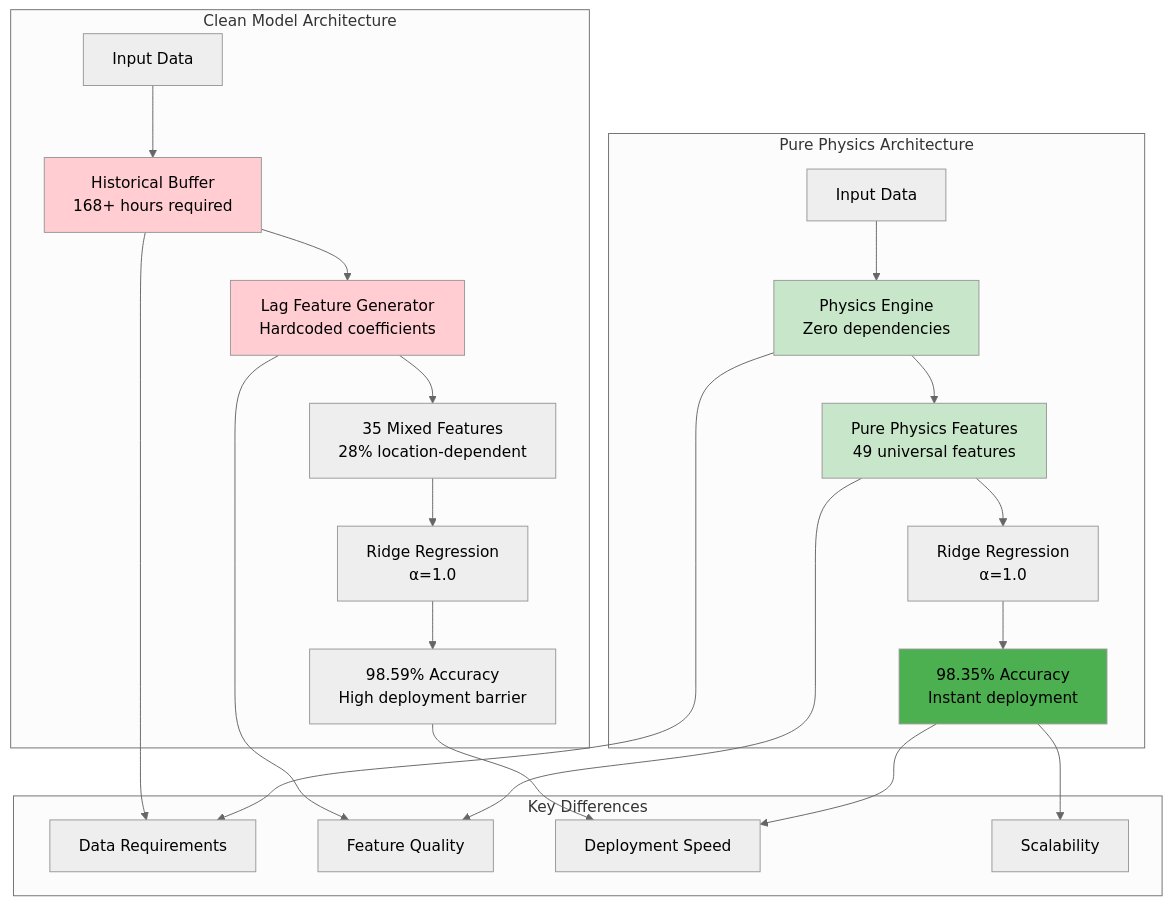
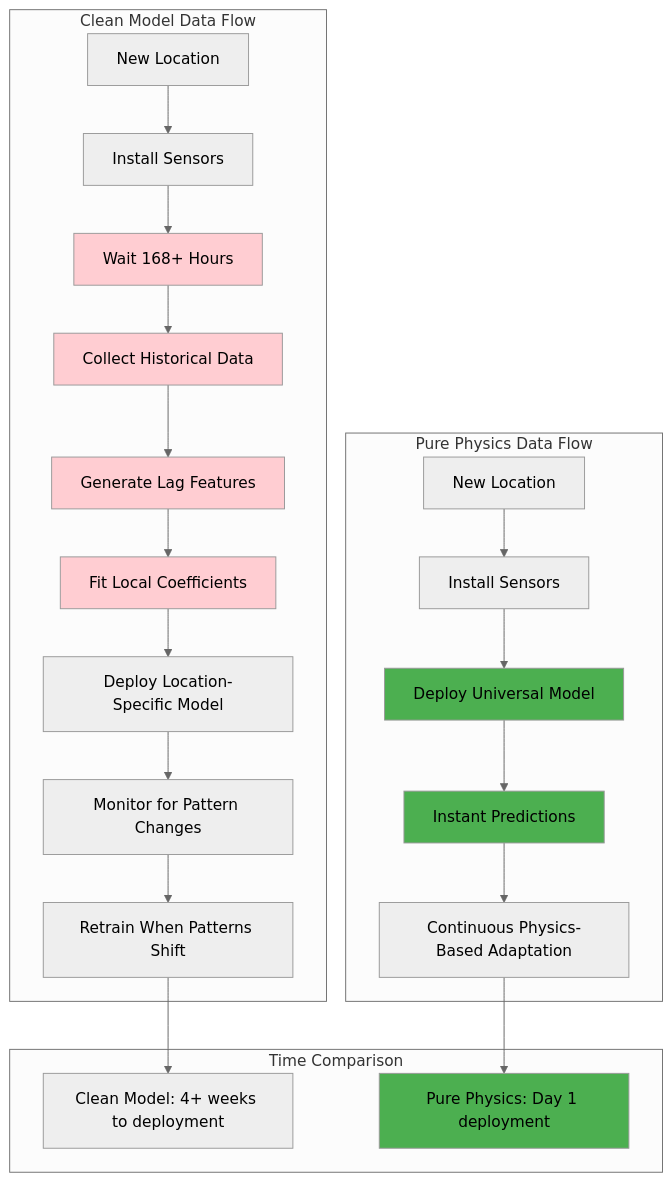
Before and after one commit to GameHelix/centipede: the sixth of 9 diagrams in physics/analyse.md, drawn with Mermaid (neutral theme). The commit also changed other lines of this file, not shown here.

````diff
--- a/physics/analyse.md
+++ b/physics/analyse.md
@@ -192,39 +375,36 @@
 ```mermaid
 graph TB
-    subgraph "Clean Model Architecture"
-        A1[Input Data] --> A2["Historical Buffer<br/>168+ hours required"]
-        A2 --> A3["Lag Feature Generator<br/>Hardcoded coefficients"]
-        A3 --> A4["35 Mixed Features<br/>28% location-dependent"]
-        A4 --> A5["Ridge Regression<br/>α=1.0"]
-        A5 --> A6["98.59% Accuracy<br/>High deployment barrier"]
+    subgraph "Clean Model Data Flow"
+        A1[New Location] --> A2[Install Sensors]
+        A2 --> A3[Wait 168+ Hours]
+        A3 --> A4[Collect Historical Data]
+        A4 --> A5[Generate Lag Features]
+        A5 --> A6[Fit Local Coefficients]
+        A6 --> A7[Deploy Location-Specific Model]
+        A7 --> A8[Monitor for Pattern Changes]
+        A8 --> A9[Retrain When Patterns Shift]
     end
     
-    subgraph "Pure Physics Architecture"
-        B1[Input Data] --> B2["Physics Engine<br/>Zero dependencies"]
-        B2 --> B3["Pure Physics Features<br/>49 universal features"]
-        B3 --> B4["Ridge Regression<br/>α=1.0"]
-        B4 --> B5["98.35% Accuracy<br/>Instant deployment"]
+    subgraph "Pure Physics Data Flow"
+        B1[New Location] --> B2[Install Sensors]
+        B2 --> B3[Deploy Universal Model]
+        B3 --> B4[Instant Predictions]
+        B4 --> B5[Continuous Physics-Based Adaptation]
     end
     
-    subgraph "Key Differences"
-        C1[Data Requirements]
-        C2[Feature Quality]
-        C3[Deployment Speed]
-        C4[Scalability]
+    subgraph "Time Comparison"
+        T1[Clean Model: 4+ weeks to deployment]
+        T2[Pure Physics: Day 1 deployment]
     end
     
-    A2 --> C1
-    A3 --> C2
-    A6 --> C3
+    A9 --> T1
+    B5 --> T2
     
-    B2 --> C1
-    B3 --> C2
-    B5 --> C3
-    B5 --> C4
-    
-    style A2 fill:#ffcdd2
     style A3 fill:#ffcdd2
-    style B2 fill:#c8e6c9
-    style B3 fill:#c8e6c9
-    style B5 fill:#4caf50
+    style A4 fill:#ffcdd2
+    style A5 fill:#ffcdd2
+    style A6 fill:#ffcdd2
+    style B3 fill:#4caf50
+    style B4 fill:#4caf50
+    style T2 fill:#4caf50
 ```
````
